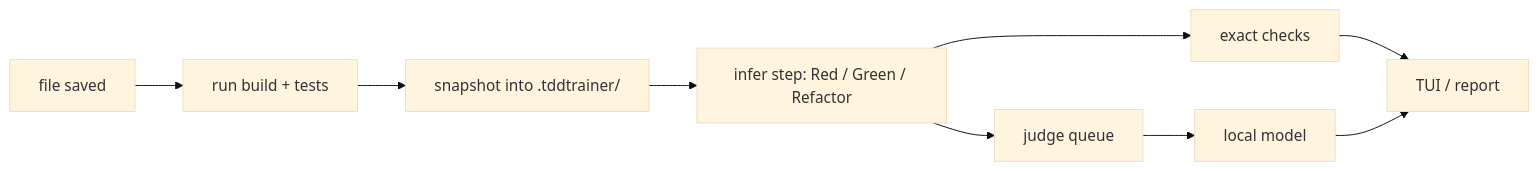
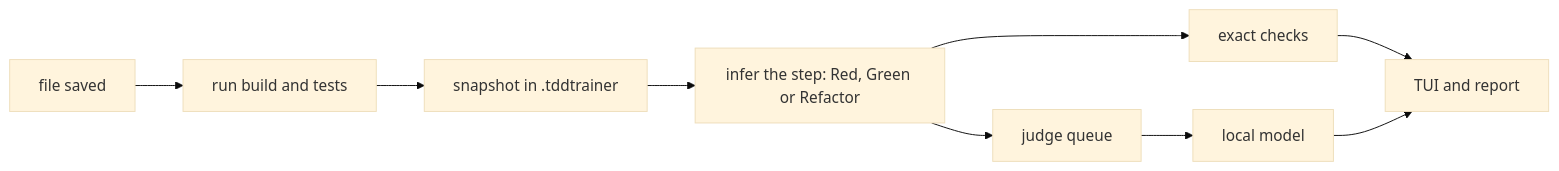
Before and after one commit to sbradl/tdd-trainer: the diagram in README.md, drawn with Mermaid (base theme). The commit also changed other lines of this file and 6 other files, not shown here.

Commit message:
README: refactor-now walkthrough, setup and library notes, mermaid fix, re-recorded screenshots and samples

````diff
--- a/README.md
+++ b/README.md
@@ -281,11 +292,11 @@
 ```mermaid
 flowchart LR
-  save[file saved] --> run[run build + tests]
-  run --> snap[snapshot into .tddtrainer/]
-  snap --> steps[infer step: Red / Green / Refactor]
-  steps --> exact[exact checks]
-  steps --> queue[judge queue]
-  queue --> model[local model]
-  exact --> ui[TUI / report]
+  save["file saved"] --> run["run build and tests"]
+  run --> snap["snapshot in .tddtrainer"]
+  snap --> steps["infer the step: Red, Green or Refactor"]
+  steps --> exact["exact checks"]
+  steps --> queue["judge queue"]
+  queue --> model["local model"]
+  exact --> ui["TUI and report"]
   model --> ui
 ```
````
